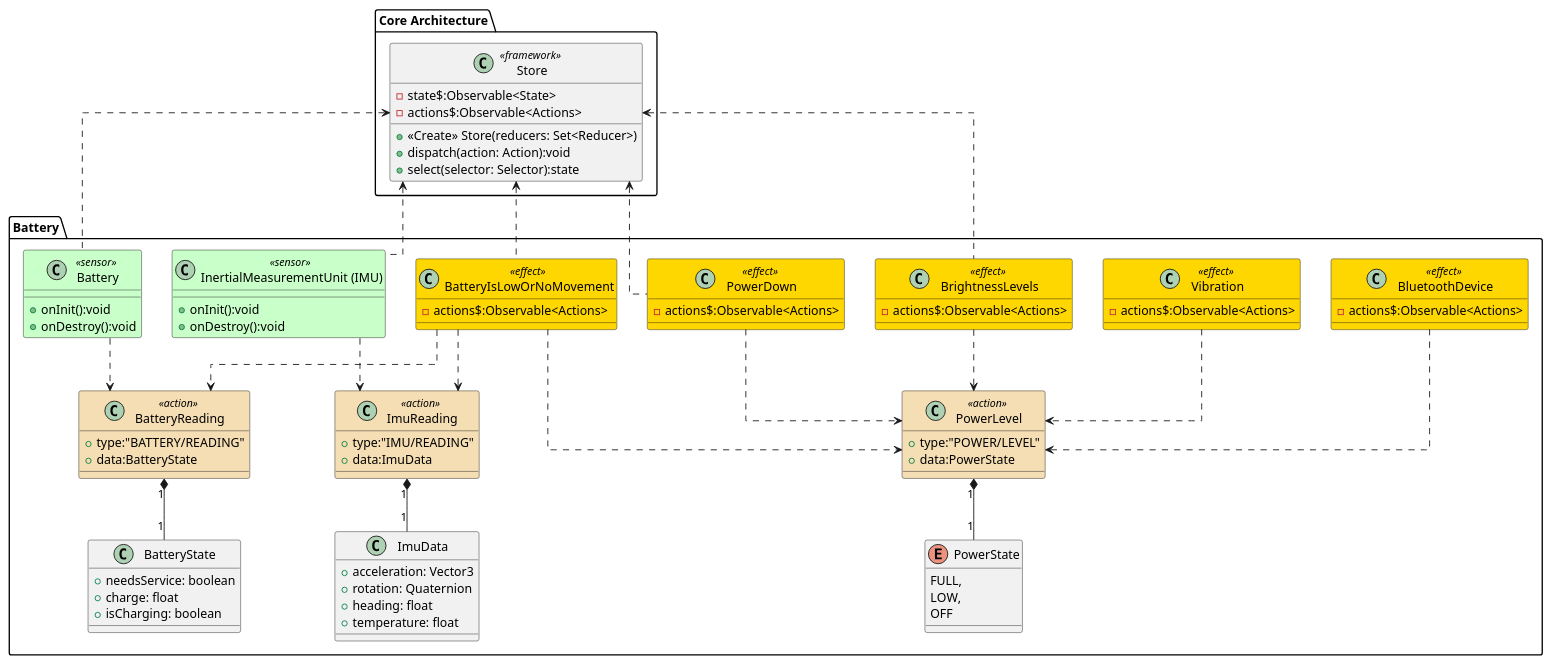
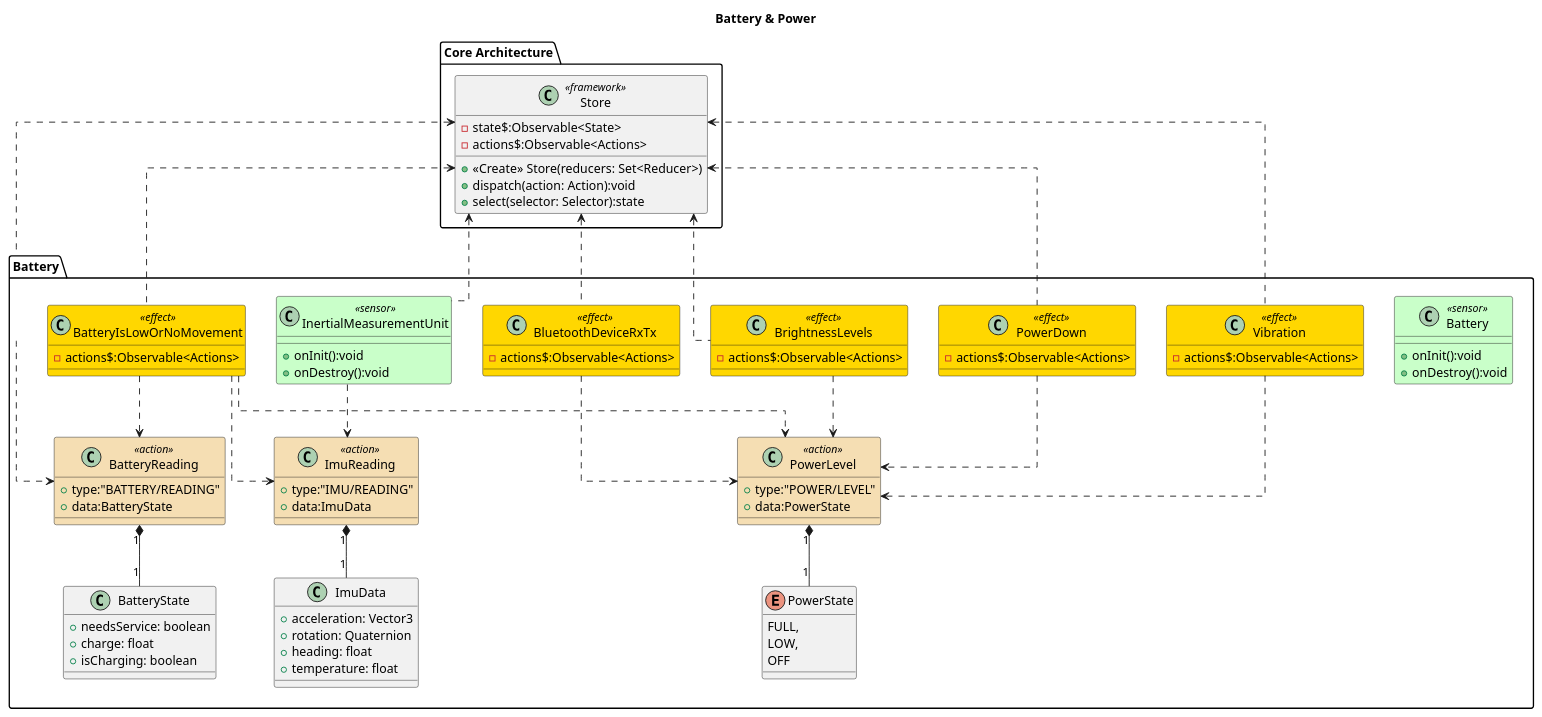
Before and after one commit to markroche92/sw-eng-smart-watch: the diagram in class_diagrams/power_levels.md, drawn with PlantUML. The commit also changed other lines of this file, not shown here.

Commit message:
updating relations for effects

````diff
--- a/class_diagrams/power_levels.md
+++ b/class_diagrams/power_levels.md
@@ -9,6 +9,7 @@
 ```plantuml
 @startuml
-set namespaceSeparator ::
+title Battery & Power
+
 skinparam linetype ortho
 skinparam shadowing false
 skinparam class {
@@ -21,105 +22,106 @@
 }
 
 '=========== definitions
+package "Core Architecture" {
+    class Store <<framework>> {
+        +<<Create>> Store(reducers: Set<Reducer>)
+        -state$:Observable<State>
+        -actions$:Observable<Actions>
+        +dispatch(action: Action):void
+        +select(selector: Selector):state
+    }
+}
+package Battery {
 
-class "Core Architecture:: Store" <<framework>> {
- +<<Create>> Store(reducers: Set<Reducer>)
- -state$:Observable<State>
- -actions$:Observable<Actions>
- +dispatch(action: Action):void
- +select(selector: Selector):state
-}
+    class Battery <<sensor>> {
+        +onInit():void
+        +onDestroy():void
+    }
 
-class "Battery:: Battery" <<sensor>> {
- +onInit():void
- +onDestroy():void
-}
+    class InertialMeasurementUnit <<sensor>> {
+        +onInit():void
+        +onDestroy():void
+    }
 
-class "Battery:: InertialMeasurementUnit (IMU)" <<sensor>> {
- +onInit():void
- +onDestroy():void
-}
+    class BatteryState {
+        +needsService: boolean
+        +charge: float
+        +isCharging: boolean
+    }
 
-class "Battery:: BatteryState" {
- +needsService: boolean
- +charge: float
- +isCharging: boolean
-}
+    class BatteryReading <<action>> {
+        +type:"BATTERY/READING"
+        +data:BatteryState
+    }
 
-class "Battery:: BatteryReading" <<action>> {
- +type:"BATTERY/READING"
- +data:BatteryState
-}
+    class ImuData {
+        +acceleration: Vector3
+        +rotation: Quaternion
+        +heading: float
+        +temperature: float
+    }
 
-class "Battery:: ImuData" {
- +acceleration: Vector3
- +rotation: Quaternion
- +heading: float
- +temperature: float
-}
+    class ImuReading <<action>> {
+        +type:"IMU/READING"
+        +data:ImuData
+    }
 
-class "Battery:: ImuReading" <<action>> {
- +type:"IMU/READING"
- +data:ImuData
-}
+    enum PowerState {
+        FULL,
+        LOW,
+        OFF
+    }
 
-enum "Battery:: PowerState" {
- FULL,
- LOW,
- OFF
-}
+    class PowerLevel <<action>> {
+        +type:"POWER/LEVEL"
+        +data:PowerState
+    }
 
-class "Battery:: PowerLevel" <<action>> {
- +type:"POWER/LEVEL"
- +data:PowerState
-}
+    class BatteryIsLowOrNoMovement <<effect>> {
+        -actions$:Observable<Actions>
+    }
 
-class "Battery:: BatteryIsLowOrNoMovement" <<effect>> {
- -actions$:Observable<Actions>
-}
+    class PowerDown <<effect>> {
+        -actions$:Observable<Actions>
+    }
 
-class "Battery:: PowerDown" <<effect>> {
- -actions$:Observable<Actions>
-}
+    class BrightnessLevels <<effect>> {
+        -actions$:Observable<Actions>
+    }
 
-class "Battery:: BrightnessLevels" <<effect>> {
- -actions$:Observable<Actions>
-}
+    class BluetoothDeviceRxTx <<effect>> {
+        -actions$:Observable<Actions>
+    }
 
-class "Battery:: BluetoothDevice" <<effect>> {
- -actions$:Observable<Actions>
-}
-
-class "Battery:: Vibration" <<effect>> {
- -actions$:Observable<Actions>
+    class Vibration <<effect>> {
+        -actions$:Observable<Actions>
+    }
 }
 
 
 '=========== links
 
-"Battery:: ImuReading" "1"*--"1" "Battery:: ImuData"
-"Battery:: InertialMeasurementUnit (IMU)" ..> "Battery:: ImuReading"
-"Battery:: BatteryIsLowOrNoMovement" ..> "Battery:: ImuReading"
+ImuReading "1"*--"1" ImuData
+InertialMeasurementUnit ..> ImuReading
+BatteryIsLowOrNoMovement ..> ImuReading
 
-"Battery:: BatteryReading" "1"*--"1" "Battery:: BatteryState"
-"Battery:: Battery" ..> "Battery:: BatteryReading"
-"Battery:: BatteryIsLowOrNoMovement" ..> "Battery:: BatteryReading"
+BatteryReading "1"*--"1" BatteryState
+Battery ..> BatteryReading
+BatteryIsLowOrNoMovement ..> BatteryReading
 
+PowerLevel "1"*--"1" PowerState
+BatteryIsLowOrNoMovement ..> PowerLevel
+PowerDown ..> PowerLevel
+BrightnessLevels ..> PowerLevel
+BluetoothDeviceRxTx ..> PowerLevel
+Vibration ..> PowerLevel
 
-
-"Battery:: PowerLevel" "1"*--"1" "Battery:: PowerState"
-"Battery:: BatteryIsLowOrNoMovement" ..> "Battery:: PowerLevel"
-"Battery:: PowerDown" ..> "Battery:: PowerLevel"
-"Battery:: BrightnessLevels" ..> "Battery:: PowerLevel"
-"Battery:: BluetoothDevice" ..> "Battery:: PowerLevel"
-"Battery:: Vibration" ..> "Battery:: PowerLevel"
-
-
-"Core Architecture:: Store" <.. "Battery:: Battery"
-"Core Architecture:: Store" <.. "Battery:: InertialMeasurementUnit (IMU)"
-"Core Architecture:: Store" <.. "Battery:: BatteryIsLowOrNoMovement"
-"Core Architecture:: Store" <.. "Battery:: PowerDown"
-"Core Architecture:: Store" <.. "Battery:: BrightnessLevels"
-
+Store <.. Battery
+Store <.. InertialMeasurementUnit
+Store <.. BatteryIsLowOrNoMovement
+Store <.. PowerDown
+Store <.. BrightnessLevels
+Store <.. BluetoothDeviceRxTx
+Store <.. Vibration
 @enduml
 ```
````
